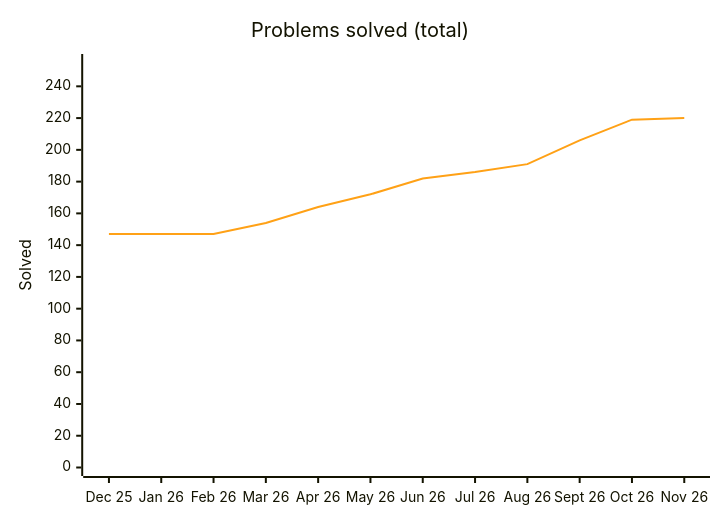
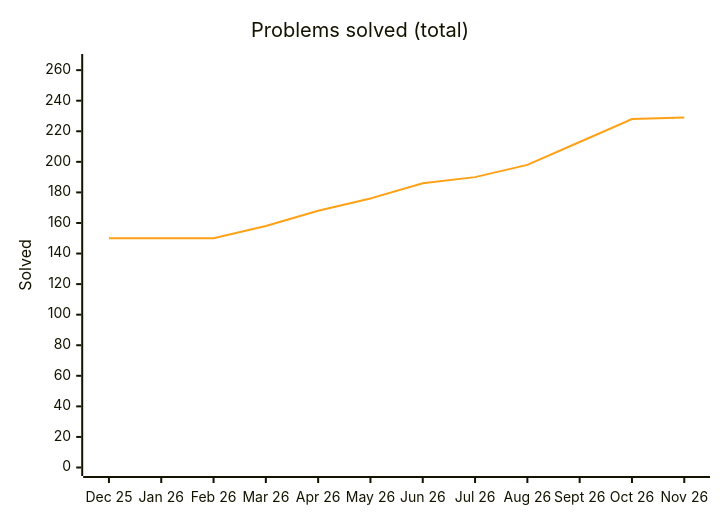
One commit to Ved-u/Java-DSA changed the diagram in README.md. Above: the diagram before and after it, drawn with Mermaid. The commit also changed other lines of this file and 11 other files, not shown here.

````diff
--- a/README.md
+++ b/README.md
@@ -53,8 +53,8 @@
 ```mermaid
 %%{init: {"themeVariables": {"xyChart": {"plotColorPalette": "#ffa116"}}}}%%
 xychart-beta
     title "Problems solved (total)"
     x-axis ["Dec 25", "Jan 26", "Feb 26", "Mar 26", "Apr 26", "May 26", "Jun 26", "Jul 26", "Aug 26", "Sept 26", "Oct 26", "Nov 26"]
-    y-axis "Solved" 0 --> 255
-    line [147, 147, 147, 154, 164, 172, 182, 186, 191, 206, 219, 220]
+    y-axis "Solved" 0 --> 265
+    line [150, 150, 150, 158, 168, 176, 186, 190, 198, 213, 228, 229]
 ```
````
